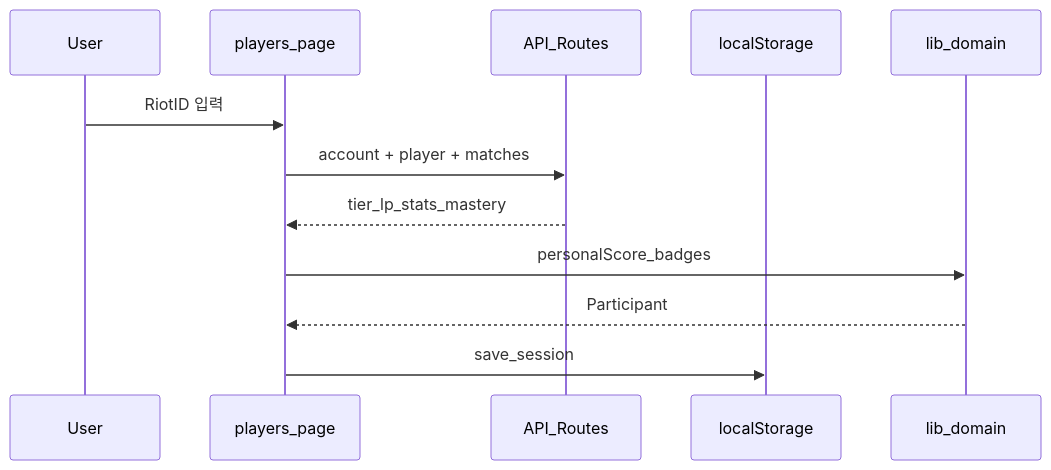
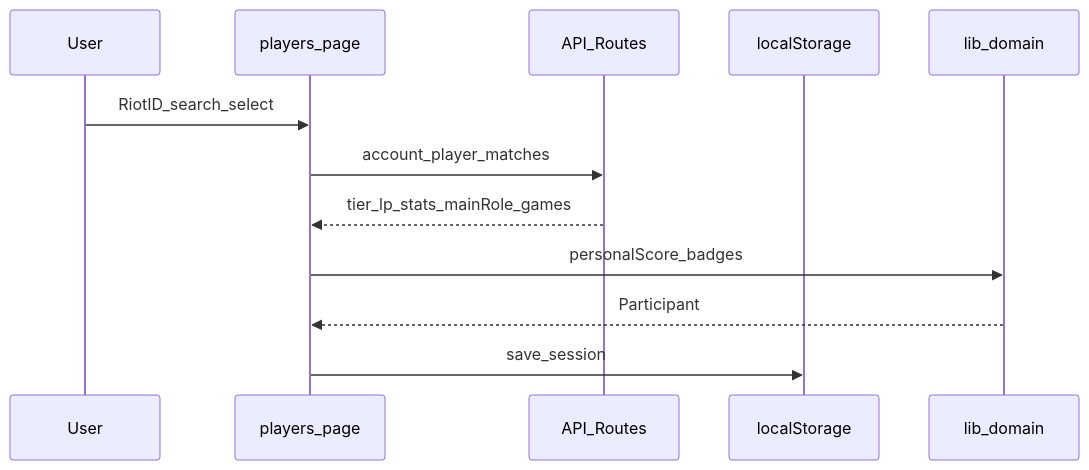
One commit to yeonsu0224/lol-team-gab changed the second of 3 diagrams in documents/implementation-plan.md. Above: the diagram before and after it, drawn with Mermaid. The commit also changed other lines of this file and 159 other files, not shown here.

First line of the commit message:
Complete v2.1 cycle: Riot/Gemini APIs through finish flow

````diff
--- a/documents/implementation-plan.md
+++ b/documents/implementation-plan.md
@@ -355,15 +406,15 @@
 ```mermaid
 sequenceDiagram
   participant U as User
   participant P as players_page
   participant API as API_Routes
   participant LS as localStorage
   participant Dom as lib_domain
 
-  U->>P: RiotID 입력
-  P->>API: account + player + matches
-  API-->>P: tier_lp_stats_mastery
+  U->>P: RiotID_search_select
+  P->>API: account_player_matches
+  API-->>P: tier_lp_stats_mainRole_games
   P->>Dom: personalScore_badges
   Dom-->>P: Participant
   P->>LS: save_session
 ```
````
